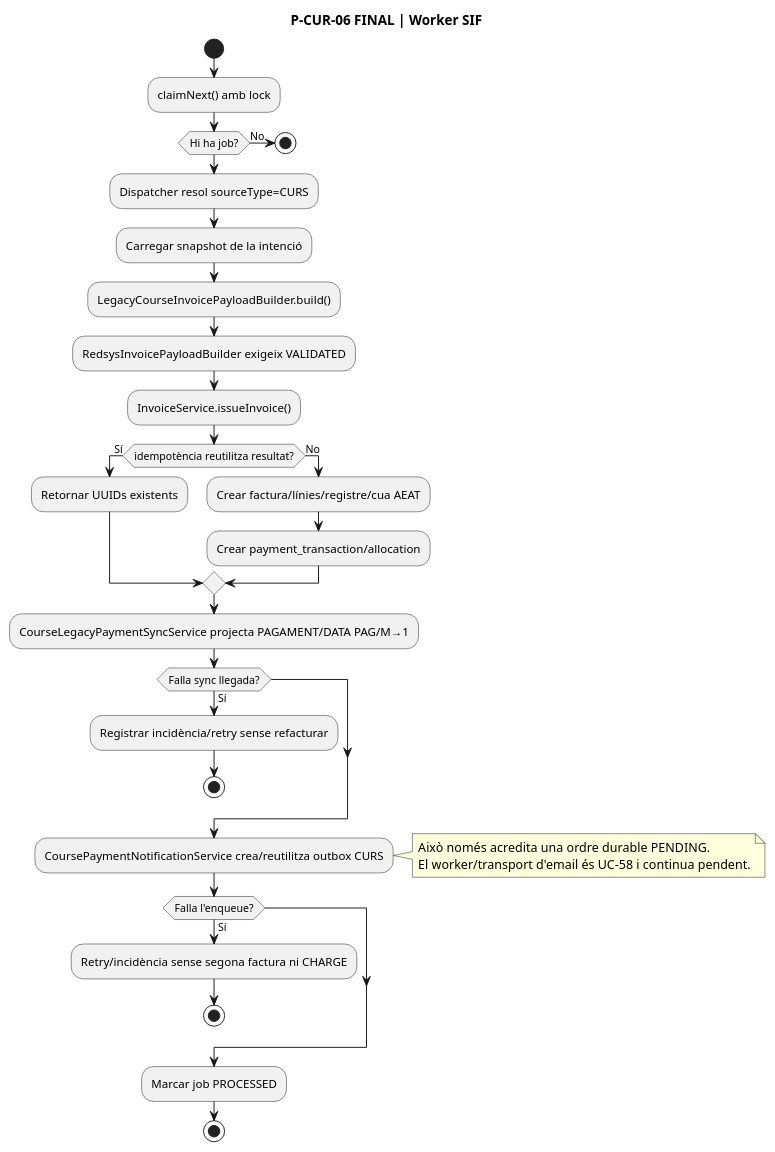
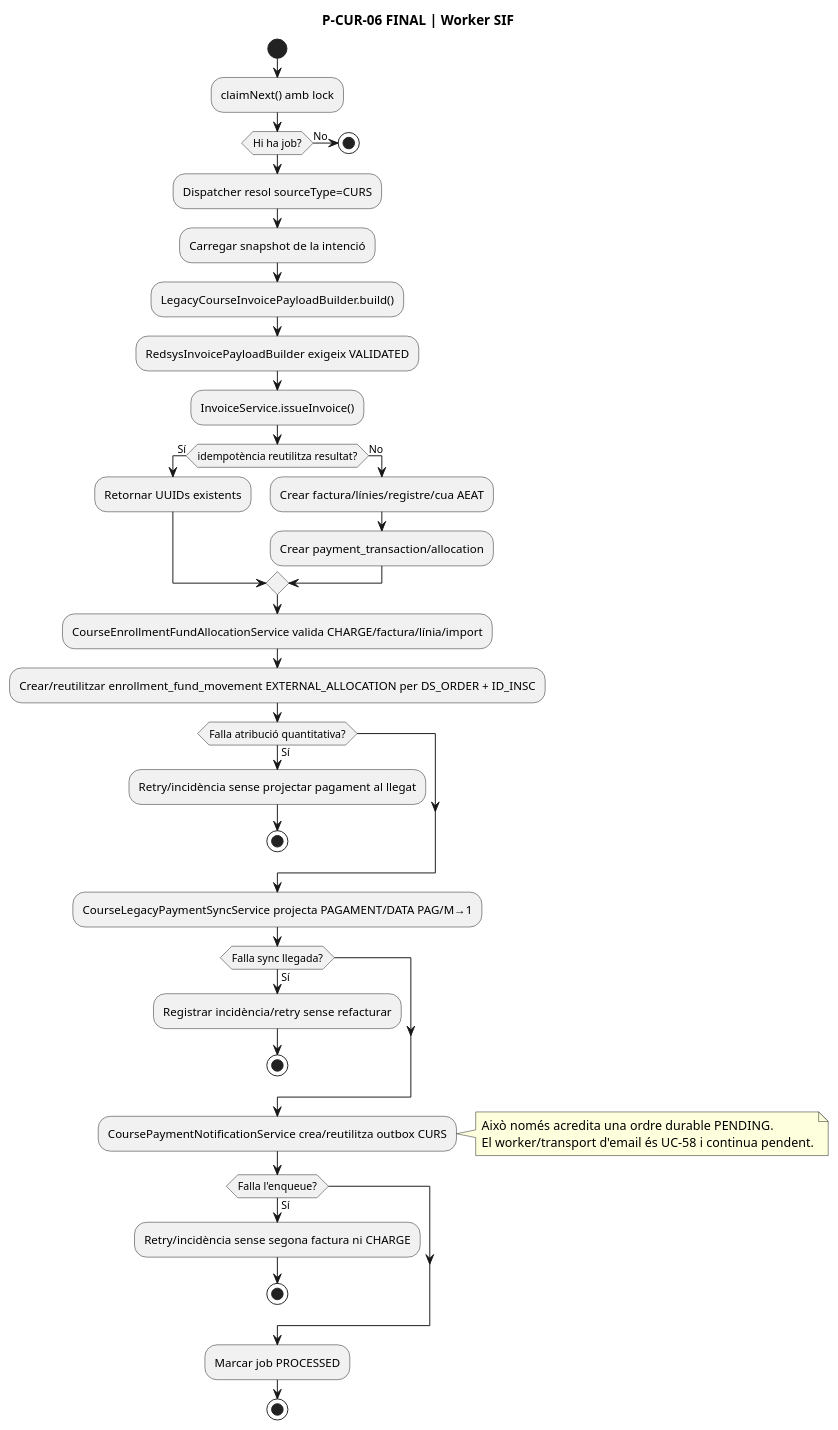
Diagram 11 of 14 in documentacio/07-uml-integrat/uc-014-activitats-pagines-redsys-actual-final.md (orgmeriemprismacat-del/verifactu), drawn with PlantUML before and after one commit. The commit also changed other lines of this file, not shown here.

Commit message:
docs(UC-014): completar activitats amb EXTERNAL_ALLOCATION

````diff
--- a/documentacio/07-uml-integrat/uc-014-activitats-pagines-redsys-actual-final.md
+++ b/documentacio/07-uml-integrat/uc-014-activitats-pagines-redsys-actual-final.md
@@ -297,37 +297,43 @@
 ```plantuml
 @startuml
 title P-CUR-06 FINAL | Worker SIF
 start
 :claimNext() amb lock;
 if (Hi ha job?) then (No)
   stop
 endif
 :Dispatcher resol sourceType=CURS;
 :Carregar snapshot de la intenció;
 :LegacyCourseInvoicePayloadBuilder.build();
 :RedsysInvoicePayloadBuilder exigeix VALIDATED;
 :InvoiceService.issueInvoice();
 if (idempotència reutilitza resultat?) then (Sí)
   :Retornar UUIDs existents;
 else (No)
   :Crear factura/línies/registre/cua AEAT;
   :Crear payment_transaction/allocation;
 endif
+:CourseEnrollmentFundAllocationService valida CHARGE/factura/línia/import;
+:Crear/reutilitzar enrollment_fund_movement EXTERNAL_ALLOCATION per DS_ORDER + ID_INSC;
+if (Falla atribució quantitativa?) then (Sí)
+  :Retry/incidència sense projectar pagament al llegat;
+  stop
+endif
 :CourseLegacyPaymentSyncService projecta PAGAMENT/DATA PAG/M→1;
 if (Falla sync llegada?) then (Sí)
   :Registrar incidència/retry sense refacturar;
   stop
 endif
 :CoursePaymentNotificationService crea/reutilitza outbox CURS;
 note right
   Això només acredita una ordre durable PENDING.
   El worker/transport d'email és UC-58 i continua pendent.
 end note
 if (Falla l'enqueue?) then (Sí)
   :Retry/incidència sense segona factura ni CHARGE;
   stop
 endif
 :Marcar job PROCESSED;
 stop
 @enduml
 ```
````
